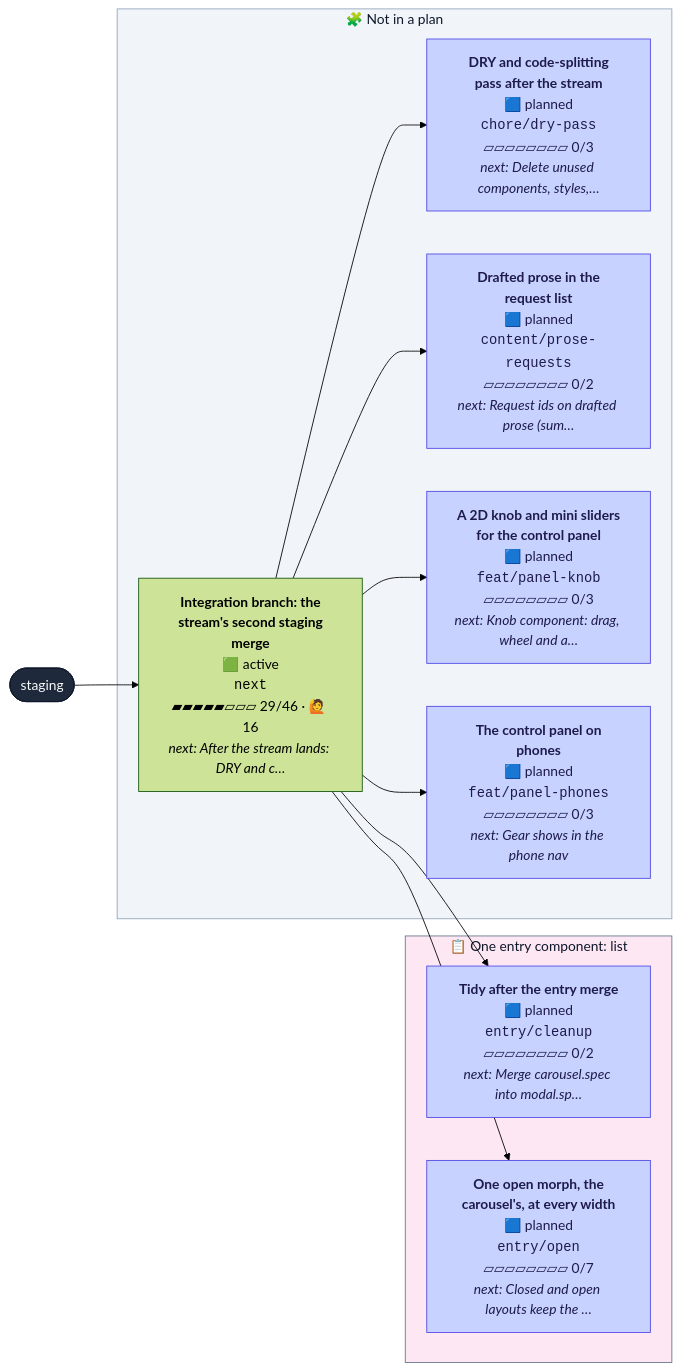
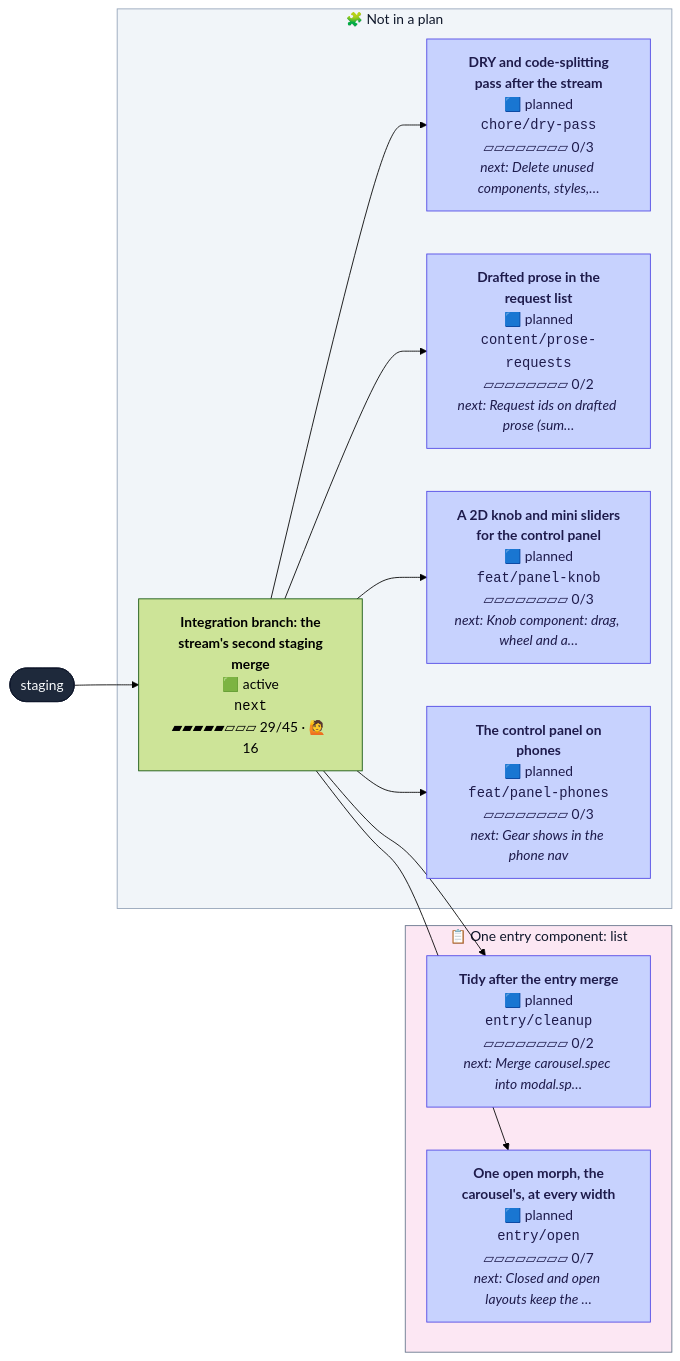
Before and after one commit to henryjonescodes/portfolio: the second of 2 diagrams in CONTRIBUTING.md, drawn with Mermaid (forest theme). The commit also changed other lines of this file, not shown here.

````diff
--- a/CONTRIBUTING.md
+++ b/CONTRIBUTING.md
@@ -54,41 +51,41 @@
 ```mermaid
 flowchart LR
   n_staging([staging])
   class n_staging trunk
   subgraph plan_1["📋 One entry component: list"]
     n_entry_cleanup["<b>Tidy after the entry merge</b><br/>🟦 planned<br/><code>entry/cleanup</code><br/>▱▱▱▱▱▱▱▱ 0/2<br/><i>next: Merge carousel.spec into modal.sp…</i>"]
     class n_entry_cleanup planned
     n_entry_open["<b>One open morph, the<br/>carousel's, at every width</b><br/>🟦 planned<br/><code>entry/open</code><br/>▱▱▱▱▱▱▱▱ 0/7<br/><i>next: Closed and open layouts keep the …</i>"]
     class n_entry_open planned
   end
   style plan_1 fill:#fce7f3,stroke:#64748b,color:#0f172a
   subgraph loose["🧩 Not in a plan"]
     n_chore_dry_pass["<b>DRY and code-splitting<br/>pass after the stream</b><br/>🟦 planned<br/><code>chore/dry-pass</code><br/>▱▱▱▱▱▱▱▱ 0/3<br/><i>next: Delete unused components, styles,…</i>"]
     class n_chore_dry_pass planned
     n_content_prose_requests["<b>Drafted prose in the<br/>request list</b><br/>🟦 planned<br/><code>content/prose-requests</code><br/>▱▱▱▱▱▱▱▱ 0/2<br/><i>next: Request ids on drafted prose (sum…</i>"]
     class n_content_prose_requests planned
     n_feat_panel_knob["<b>A 2D knob and mini sliders<br/>for the control panel</b><br/>🟦 planned<br/><code>feat/panel-knob</code><br/>▱▱▱▱▱▱▱▱ 0/3<br/><i>next: Knob component: drag, wheel and a…</i>"]
     class n_feat_panel_knob planned
     n_feat_panel_phones["<b>The control panel on<br/>phones</b><br/>🟦 planned<br/><code>feat/panel-phones</code><br/>▱▱▱▱▱▱▱▱ 0/3<br/><i>next: Gear shows in the phone nav</i>"]
     class n_feat_panel_phones planned
-    n_next["<b>Integration branch: the<br/>stream's second staging<br/>merge</b><br/>🟩 active<br/><code>next</code><br/>▰▰▰▰▰▱▱▱ 29/46 · 🙋 16<br/><i>next: After the stream lands: DRY and c…</i>"]
+    n_next["<b>Integration branch: the<br/>stream's second staging<br/>merge</b><br/>🟩 active<br/><code>next</code><br/>▰▰▰▰▰▱▱▱ 29/45 · 🙋 16"]
     class n_next active,current
   end
   style loose fill:#f1f5f9,stroke:#94a3b8,color:#0f172a
   n_next --> n_chore_dry_pass
   n_next --> n_content_prose_requests
   n_next --> n_entry_cleanup
   n_next --> n_entry_open
   n_next --> n_feat_panel_knob
   n_next --> n_feat_panel_phones
   n_staging --> n_next
   classDef merged fill:#dcfce7,stroke:#16a34a,color:#052e16
   classDef todo fill:#ffffff,stroke:#94a3b8,stroke-dasharray:2 2,color:#334155
   classDef planned fill:#c7d2fe,stroke:#4f46e5,color:#1e1b4b
   classDef sketched fill:#f8fafc,stroke:#64748b,stroke-dasharray:4 3,color:#334155
   classDef active fill:#bbf7d0,stroke:#16a34a,stroke-width:3px,color:#052e16
   classDef review fill:#fde68a,stroke:#d97706,stroke-width:3px,color:#451a03
   classDef blocked fill:#fecaca,stroke:#dc2626,stroke-width:3px,color:#450a0a
   classDef trunk fill:#1e293b,stroke:#0f172a,color:#f8fafc
   classDef current stroke:#0ea5e9,stroke-width:5px
 ```
````
